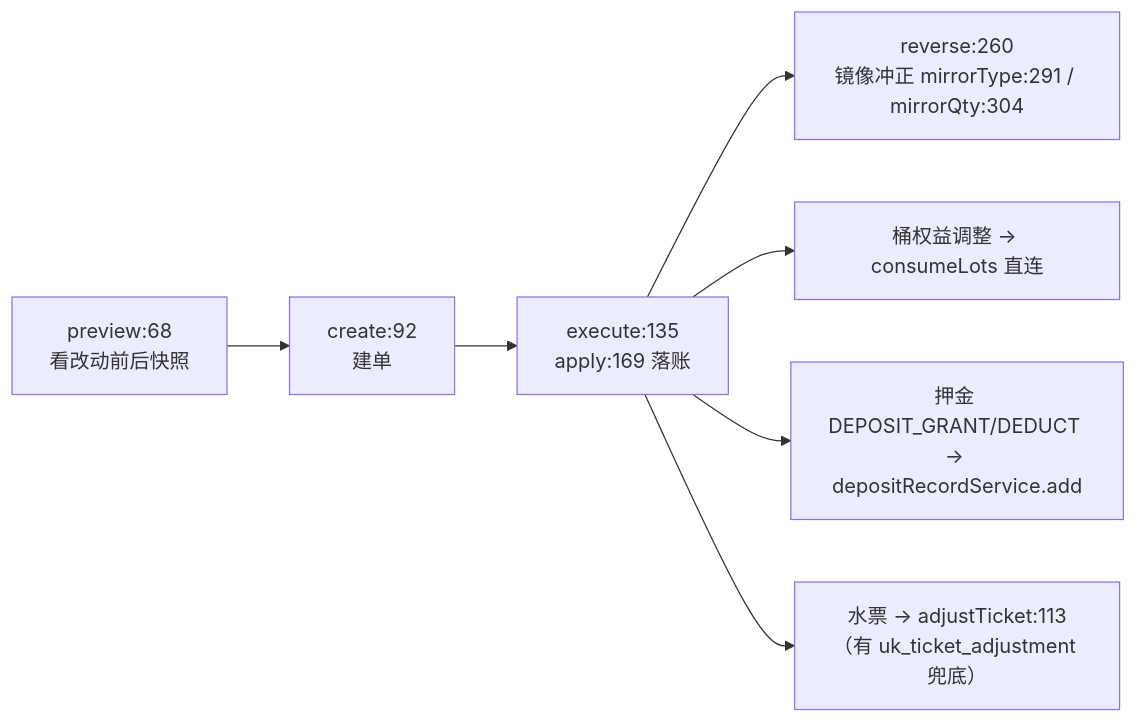
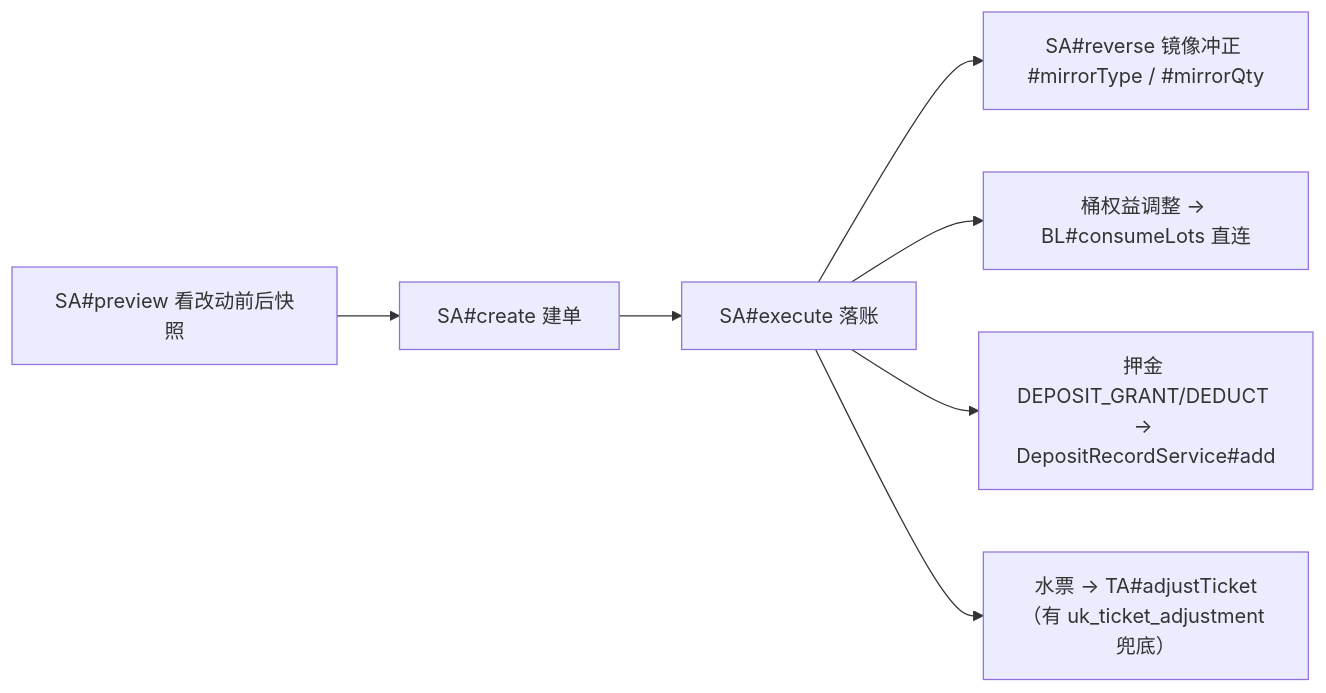
One commit to rumiasu/AquaFlow changed the ninth of 10 diagrams in docs/design/15-业务流程地图.md. Above: the diagram before and after it, drawn with Mermaid. The commit also changed other lines of this file and 54 other files, not shown here.

````diff
--- a/docs/design/15-业务流程地图.md
+++ b/docs/design/15-业务流程地图.md
@@ -328,9 +264,9 @@
 ```mermaid
 flowchart LR
-  P["preview:68<br/>看改动前后快照"] --> C["create:92<br/>建单"]
-  C --> E["execute:135<br/>apply:169 落账"]
-  E --> R["reverse:260<br/>镜像冲正 mirrorType:291 / mirrorQty:304"]
-  E --> B1["桶权益调整 → consumeLots 直连"]
-  E --> B2["押金 DEPOSIT_GRANT/DEDUCT → depositRecordService.add"]
-  E --> B3["水票 → adjustTicket:113（有 uk_ticket_adjustment 兜底）"]
+  P["SA#preview 看改动前后快照"] --> C["SA#create 建单"]
+  C --> E["SA#execute 落账"]
+  E --> R["SA#reverse 镜像冲正 #mirrorType / #mirrorQty"]
+  E --> B1["桶权益调整 → BL#consumeLots 直连"]
+  E --> B2["押金 DEPOSIT_GRANT/DEDUCT → DepositRecordService#add"]
+  E --> B3["水票 → TA#adjustTicket（有 uk_ticket_adjustment 兜底）"]
 ```
````
